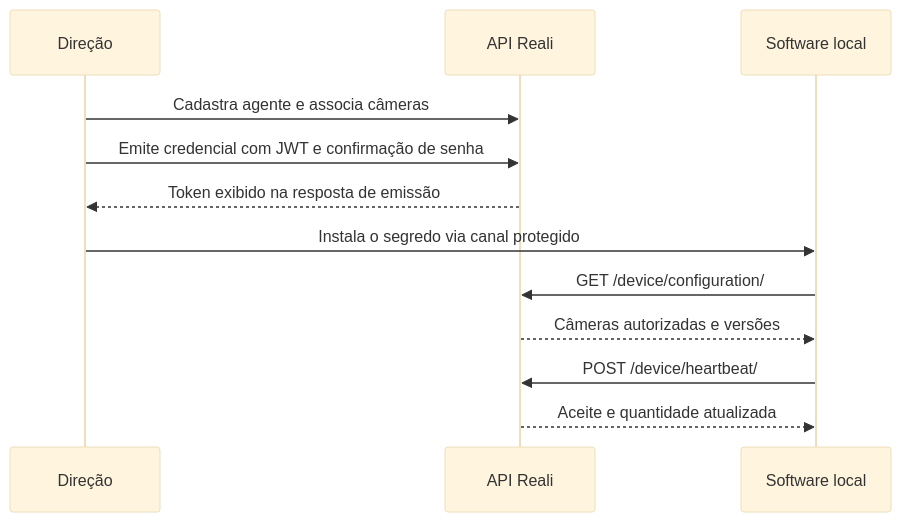
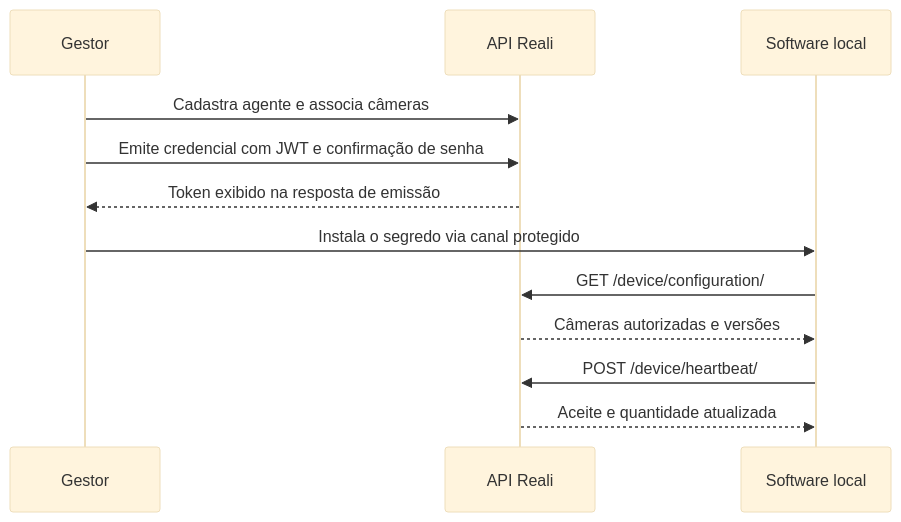
The diagram in backend/docs/EDGE_DEVICES.md (ApoteoseTeam/app-reali), drawn with Mermaid (base theme) before and after one commit. The commit also changed other lines of this file and 52 other files, not shown here.

````diff
--- a/backend/docs/EDGE_DEVICES.md
+++ b/backend/docs/EDGE_DEVICES.md
@@ -10,14 +10,14 @@
 ```mermaid
 sequenceDiagram
-    participant D as Direção
+    participant D as Gestor
     participant A as API Reali
     participant L as Software local
     D->>A: Cadastra agente e associa câmeras
     D->>A: Emite credencial com JWT e confirmação de senha
     A-->>D: Token exibido na resposta de emissão
     D->>L: Instala o segredo via canal protegido
     L->>A: GET /device/configuration/
     A-->>L: Câmeras autorizadas e versões
     L->>A: POST /device/heartbeat/
     A-->>L: Aceite e quantidade atualizada
 ```
````
